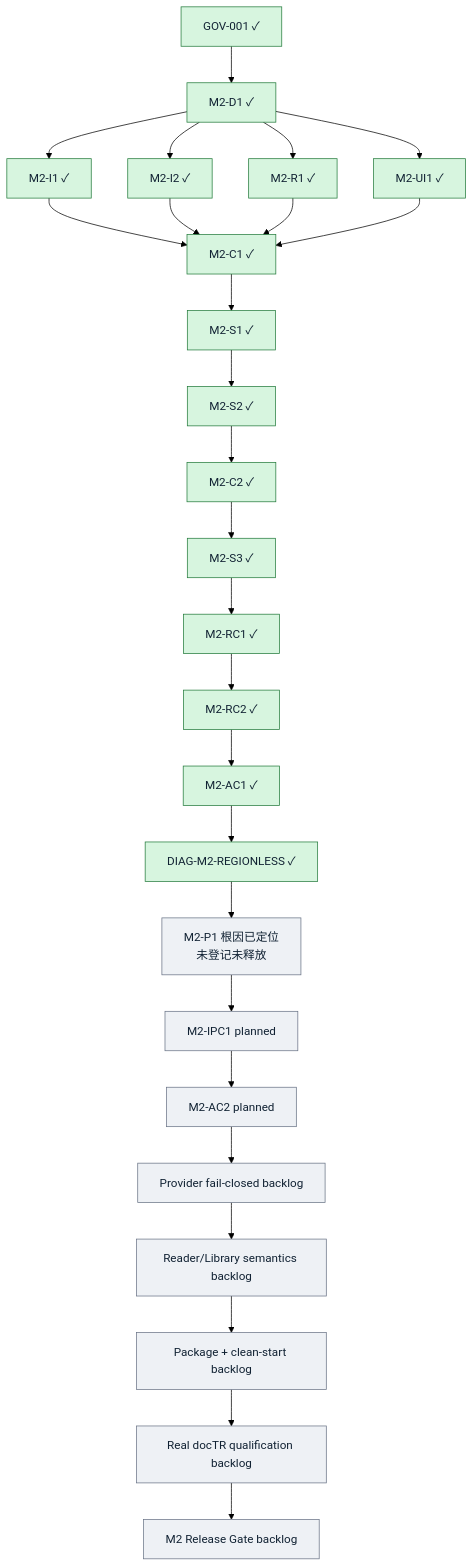
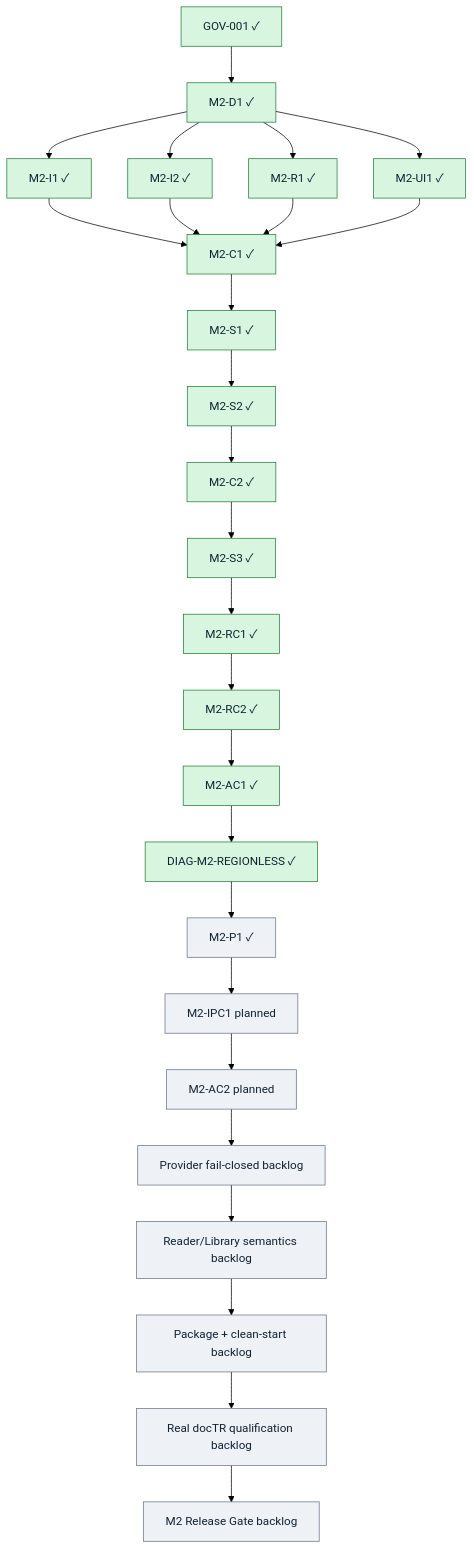
One commit to peakwheat-pixel/New-Manga changed the diagram in doc/REBASELINE_PLAN.md. Above: the diagram before and after it, drawn with Mermaid (forest theme). The commit also changed other lines of this file and 5 other files, not shown here.

````diff
--- a/doc/REBASELINE_PLAN.md
+++ b/doc/REBASELINE_PLAN.md
@@ -55,27 +55,27 @@
 ```mermaid
 flowchart TD
   GOV["GOV-001 ✓"] --> D1["M2-D1 ✓"]
   D1 --> I1["M2-I1 ✓"]
   D1 --> I2["M2-I2 ✓"]
   D1 --> R1["M2-R1 ✓"]
   D1 --> UI1["M2-UI1 ✓"]
   I1 --> C1["M2-C1 ✓"]
   I2 --> C1
   R1 --> C1
   UI1 --> C1
   C1 --> S1["M2-S1 ✓"] --> S2["M2-S2 ✓"] --> C2["M2-C2 ✓"] --> S3["M2-S3 ✓"] --> RC1["M2-RC1 ✓"] --> RC2["M2-RC2 ✓"] --> AC1["M2-AC1 ✓"]
   AC1 --> DIAG["DIAG-M2-REGIONLESS ✓"]
-  DIAG --> P1["M2-P1 根因已定位<br>未登记未释放"]
+  DIAG --> P1["M2-P1 ✓"]
   P1 --> IPC1["M2-IPC1 planned"]
   IPC1 --> AC2["M2-AC2 planned"]
   AC2 --> AC3["Provider fail-closed backlog"]
   AC3 --> AC4["Reader/Library semantics backlog"]
   AC4 --> PKG["Package + clean-start backlog"]
   PKG --> ML["Real docTR qualification backlog"]
   ML --> RG["M2 Release Gate backlog"]
   classDef done fill:#d7f5df,stroke:#237a3b,color:#123;
   classDef ready fill:#fff0b3,stroke:#8a6d00,color:#123;
   classDef planned fill:#eef1f5,stroke:#697386,color:#123;
-  class GOV,D1,I1,I2,R1,UI1,C1,S1,S2,C2,S3,RC1,RC2,AC1,DIAG done;
+  class GOV,D1,I1,I2,R1,UI1,C1,S1,S2,C2,S3,RC1,RC2,AC1,DIAG,P1 done;
   class P1,IPC1,AC2,AC3,AC4,PKG,ML,RG planned;
 ```
````
